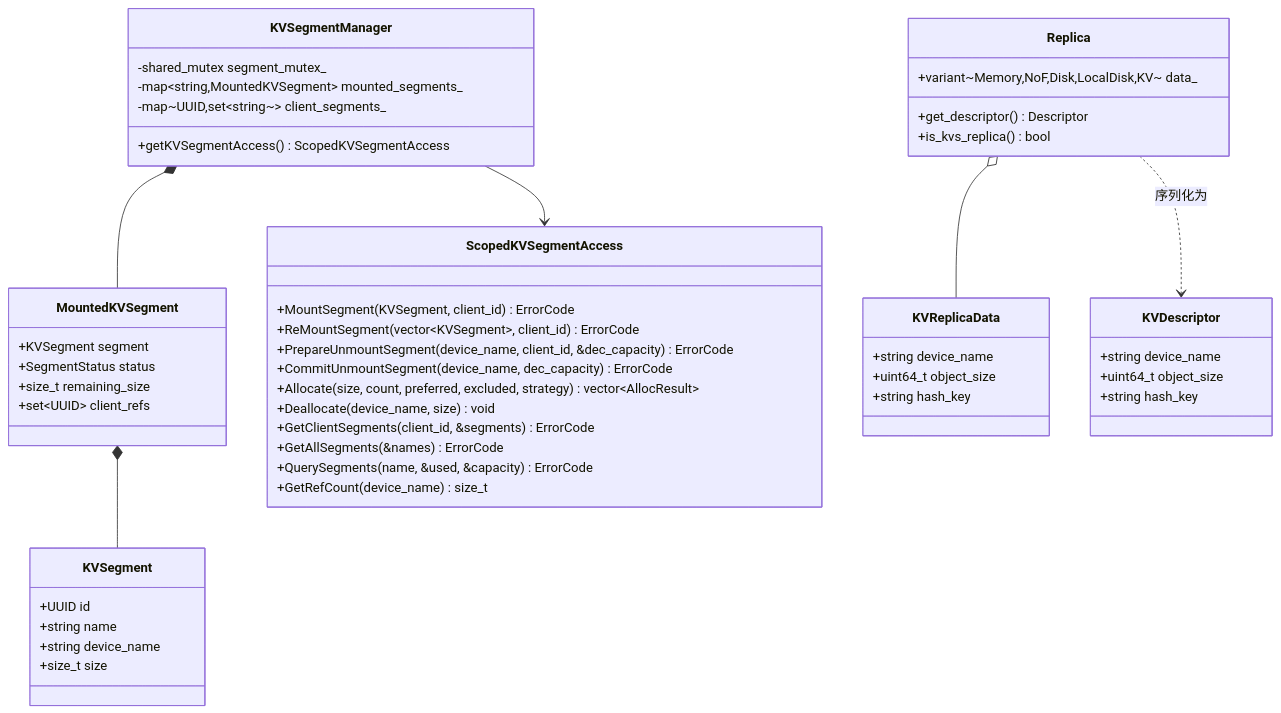
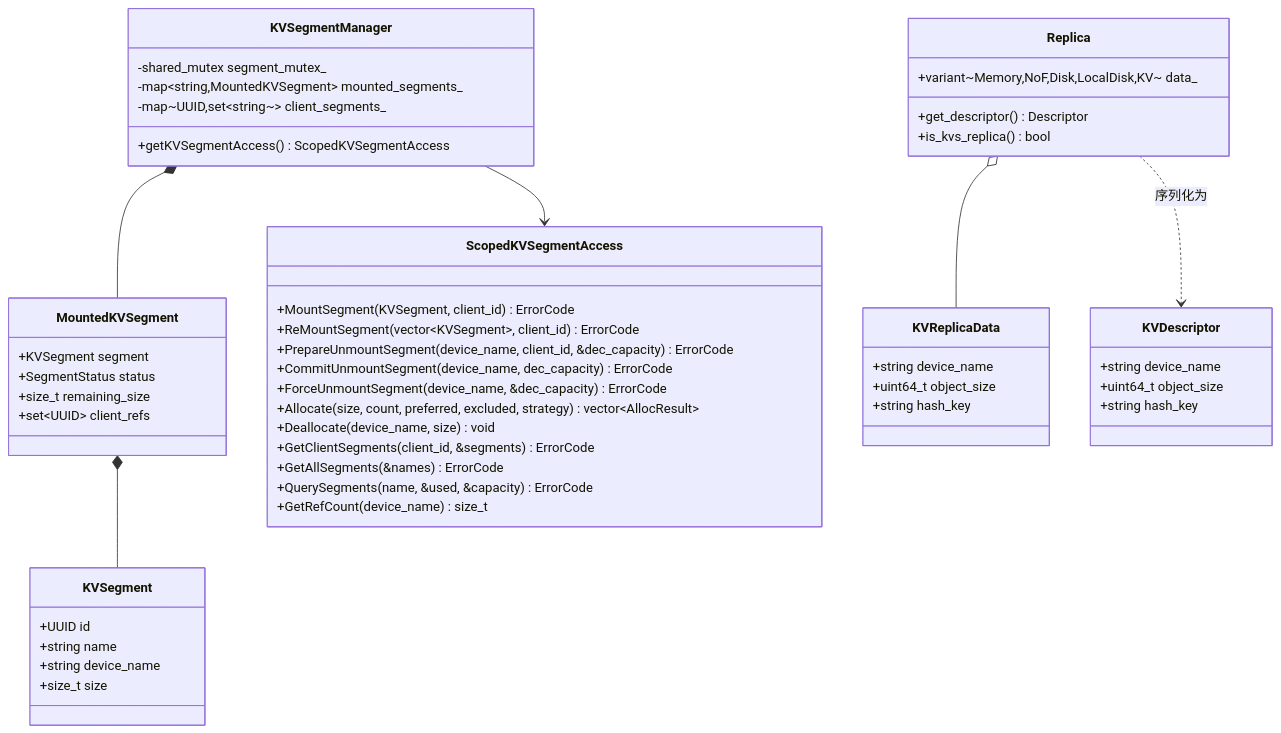
Before and after one commit to yz53665/Mooncake: the second of 17 diagrams in mooncake-store/docs/KVUSegment_design.md, drawn with Mermaid. The commit also changed other lines of this file, not shown here.

````diff
--- a/mooncake-store/docs/KVUSegment_design.md
+++ b/mooncake-store/docs/KVUSegment_design.md
@@ -70,62 +71,63 @@
 ```mermaid
 classDiagram
     direction TB
 
     class KVSegment {
         +UUID id
         +string name
         +string device_name
         +size_t size
     }
 
     class MountedKVSegment {
         +KVSegment segment
         +SegmentStatus status
         +size_t remaining_size
         +set~UUID~ client_refs
     }
 
     class KVSegmentManager {
         -shared_mutex segment_mutex_
         -map~string,MountedKVSegment~ mounted_segments_
         -map~UUID,set~string~~ client_segments_
         +getKVSegmentAccess() ScopedKVSegmentAccess
     }
 
     class ScopedKVSegmentAccess {
         +MountSegment(KVSegment, client_id) ErrorCode
         +ReMountSegment(vector~KVSegment~, client_id) ErrorCode
         +PrepareUnmountSegment(device_name, client_id, &dec_capacity) ErrorCode
         +CommitUnmountSegment(device_name, dec_capacity) ErrorCode
+        +ForceUnmountSegment(device_name, &dec_capacity) ErrorCode
         +Allocate(size, count, preferred, excluded, strategy) vector~AllocResult~
         +Deallocate(device_name, size) void
         +GetClientSegments(client_id, &segments) ErrorCode
         +GetAllSegments(&names) ErrorCode
         +QuerySegments(name, &used, &capacity) ErrorCode
         +GetRefCount(device_name) size_t
     }
 
     class KVReplicaData {
         +string device_name
         +uint64_t object_size
         +string hash_key
     }
 
     class KVDescriptor {
         +string device_name
         +uint64_t object_size
         +string hash_key
     }
 
     class Replica {
         +variant~Memory,NoF,Disk,LocalDisk,KV~ data_
         +get_descriptor() Descriptor
         +is_kvs_replica() bool
     }
 
     KVSegmentManager *-- MountedKVSegment
     MountedKVSegment *-- KVSegment
     KVSegmentManager --> ScopedKVSegmentAccess
     Replica o-- KVReplicaData
     Replica ..> KVDescriptor : 序列化为
 ```
````
